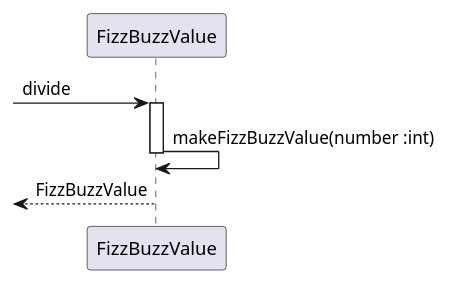
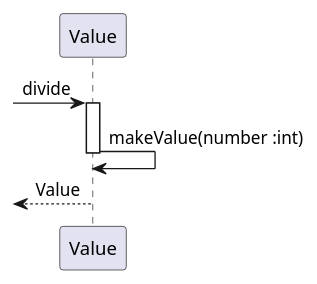
The fifth of 8 diagrams in docs/src/fizzbuzz.md (k2works/etude_for_java), drawn with PlantUML before and after one commit. The commit also changed other lines of this file and 9 other files, not shown here.

First line of the commit message:
FizzBuzz #EFJ-8

````diff
--- a/docs/src/fizzbuzz.md
+++ b/docs/src/fizzbuzz.md
@@ -136,9 +139,9 @@
 ```puml
 @startuml
-   -> FizzBuzzValue :divide
-   activate FizzBuzzValue
-      FizzBuzzValue -> FizzBuzzValue :makeFizzBuzzValue(number :int)
-   deactivate FizzBuzzValue
-   <-- FizzBuzzValue :FizzBuzzValue
+   -> Value :divide
+   activate Value
+      Value -> Value :makeValue(number :int)
+   deactivate Value
+   <-- Value :Value
 @enduml
 ```
````
